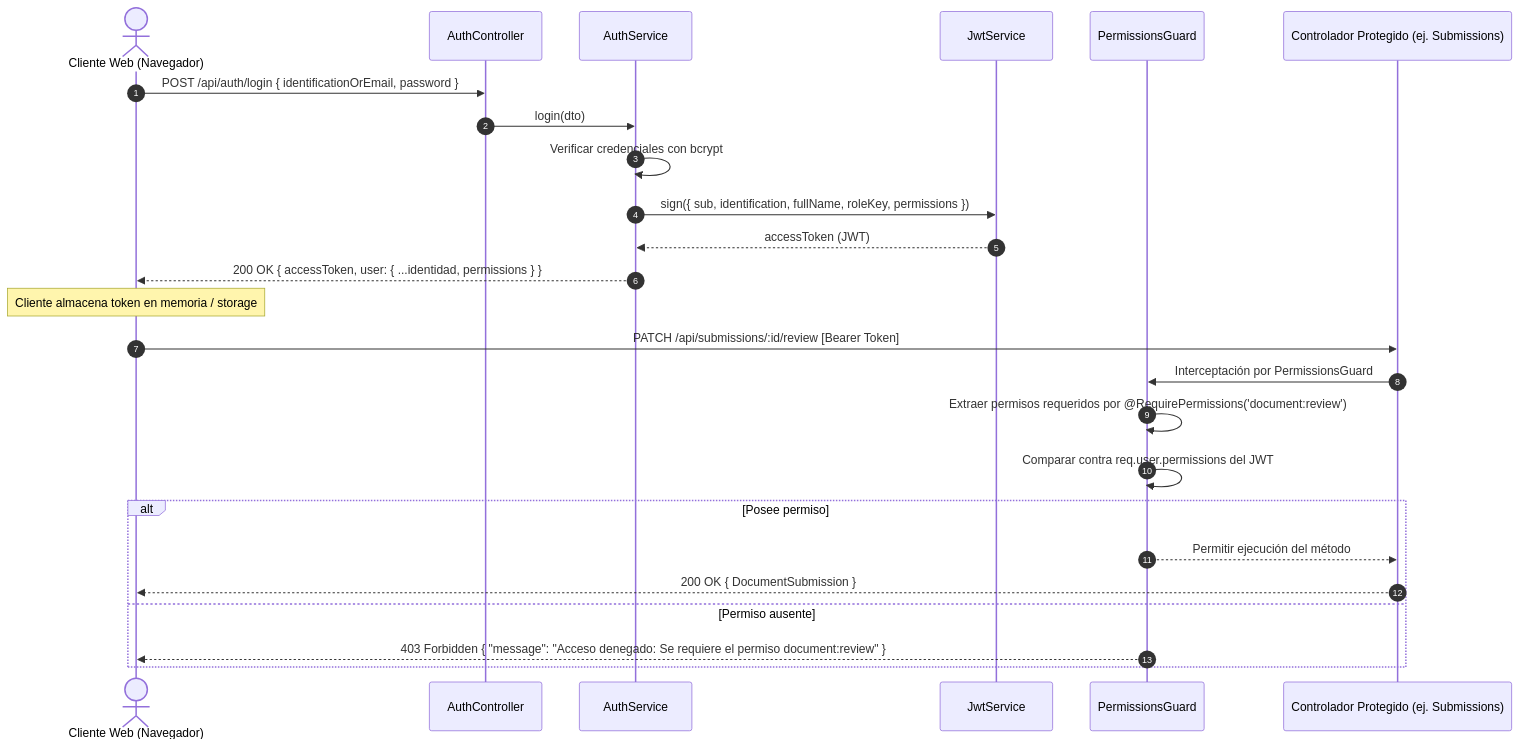
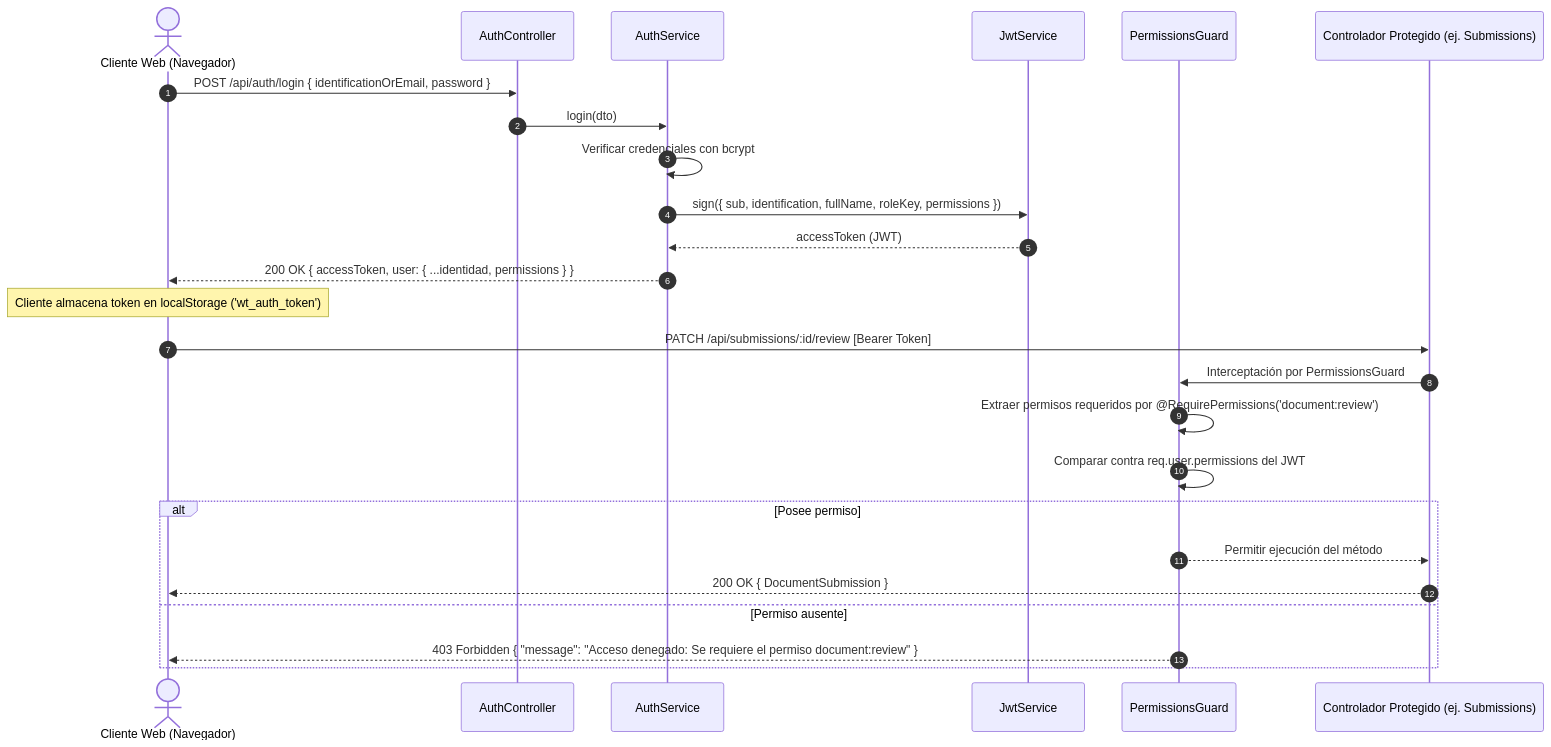
One commit to JorgeDoicela/wilfrido_trujillo changed the diagram in docs/01-arquitectura/02-modelo-de-seguridad-pbac.md. Above: the diagram before and after it, drawn with Mermaid. The commit also changed other lines of this file and 63 other files, not shown here.

````diff
--- a/docs/01-arquitectura/02-modelo-de-seguridad-pbac.md
+++ b/docs/01-arquitectura/02-modelo-de-seguridad-pbac.md
@@ -39,31 +39,31 @@
 ```mermaid
 sequenceDiagram
     autonumber
     actor Cliente as Cliente Web (Navegador)
     participant AuthCtrl as AuthController
     participant AuthService as AuthService
     participant JwtService as JwtService
     participant Guard as PermissionsGuard
     participant ResourceCtrl as Controlador Protegido (ej. Submissions)
 
     Cliente->>AuthCtrl: POST /api/auth/login { identificationOrEmail, password }
     AuthCtrl->>AuthService: login(dto)
     AuthService->>AuthService: Verificar credenciales con bcrypt
     AuthService->>JwtService: sign({ sub, identification, fullName, roleKey, permissions })
     JwtService-->>AuthService: accessToken (JWT)
     AuthService-->>Cliente: 200 OK { accessToken, user: { ...identidad, permissions } }
 
-    Note over Cliente: Cliente almacena token en memoria / storage
+    Note over Cliente: Cliente almacena token en localStorage ('wt_auth_token')
 
     Cliente->>ResourceCtrl: PATCH /api/submissions/:id/review [Bearer Token]
     ResourceCtrl->>Guard: Interceptación por PermissionsGuard
     Guard->>Guard: Extraer permisos requeridos por @RequirePermissions('document:review')
     Guard->>Guard: Comparar contra req.user.permissions del JWT
 
     alt Posee permiso
         Guard-->>ResourceCtrl: Permitir ejecución del método
         ResourceCtrl-->>Cliente: 200 OK { DocumentSubmission }
     else Permiso ausente
         Guard-->>Cliente: 403 Forbidden { "message": "Acceso denegado: Se requiere el permiso document:review" }
     end
 ```
````
